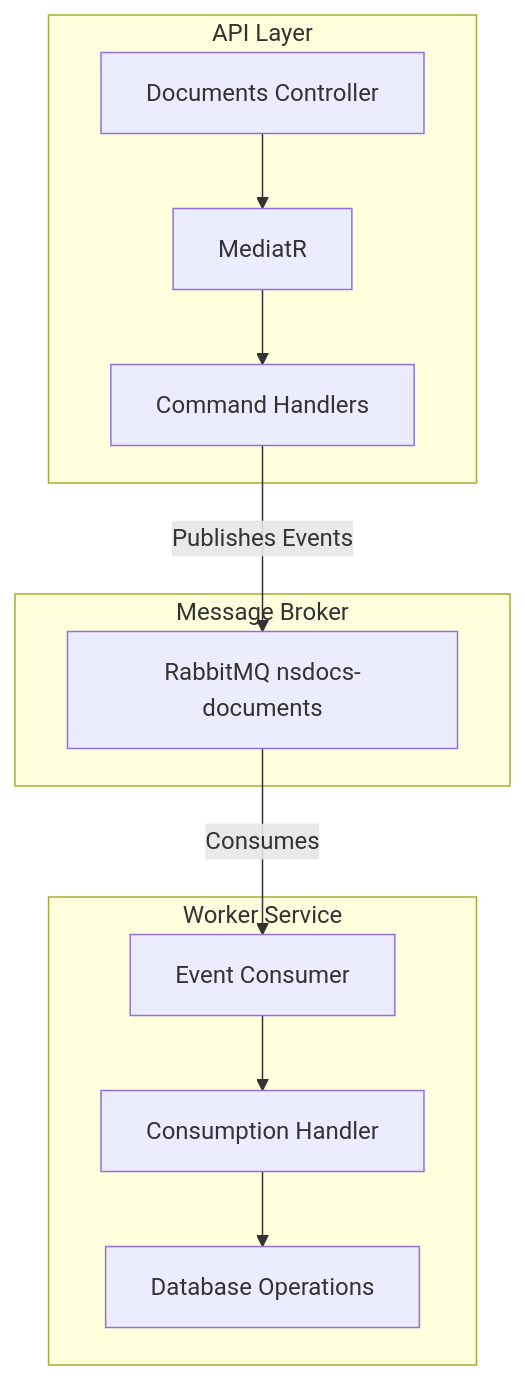
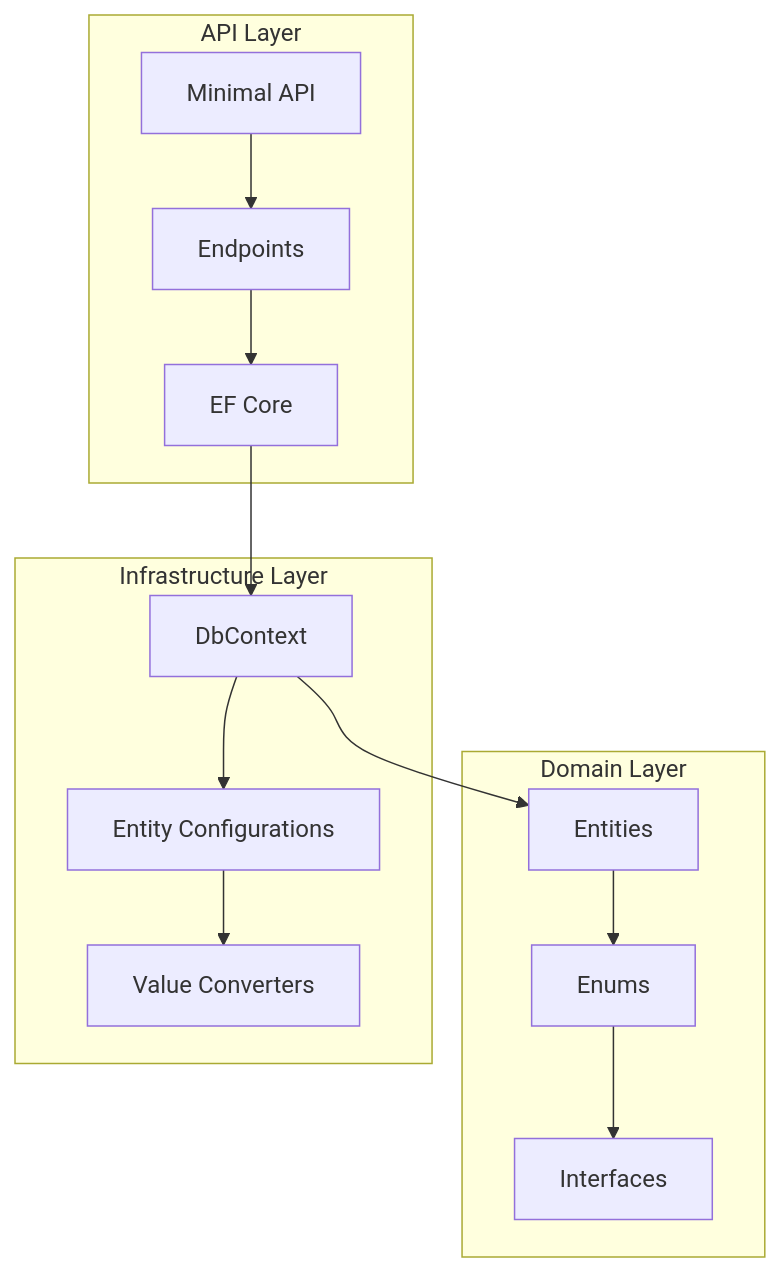
One commit to hackathon-nstech/database-nsdocs-consumption-module changed the first of 5 diagrams in memory-bank/systemPatterns.md. Above: the diagram before and after it, drawn with Mermaid. The commit also changed other lines of this file and 110 other files, not shown here.

````diff
--- a/memory-bank/systemPatterns.md
+++ b/memory-bank/systemPatterns.md
@@ -5,19 +5,20 @@
 ```mermaid
 flowchart TD
     subgraph "API Layer"
-        A1[Documents Controller] --> A2[MediatR]
-        A2 --> A3[Command Handlers]
+        A1[Minimal API] --> A2[Endpoints]
+        A2 --> A3[EF Core]
     end
     
-    subgraph "Message Broker"
-        B1[RabbitMQ nsdocs-documents]
+    subgraph "Domain Layer"
+        B1[Entities] --> B2[Enums]
+        B2 --> B3[Interfaces]
     end
     
-    subgraph "Worker Service"
-        C1[Event Consumer] --> C2[Consumption Handler]
-        C2 --> C3[Database Operations]
+    subgraph "Infrastructure Layer"
+        C1[DbContext] --> C2[Entity Configurations]
+        C2 --> C3[Value Converters]
     end
     
-    A3 -->|Publishes Events| B1
-    B1 -->|Consumes| C1
+    A3 --> C1
+    C1 --> B1
 ```
````
